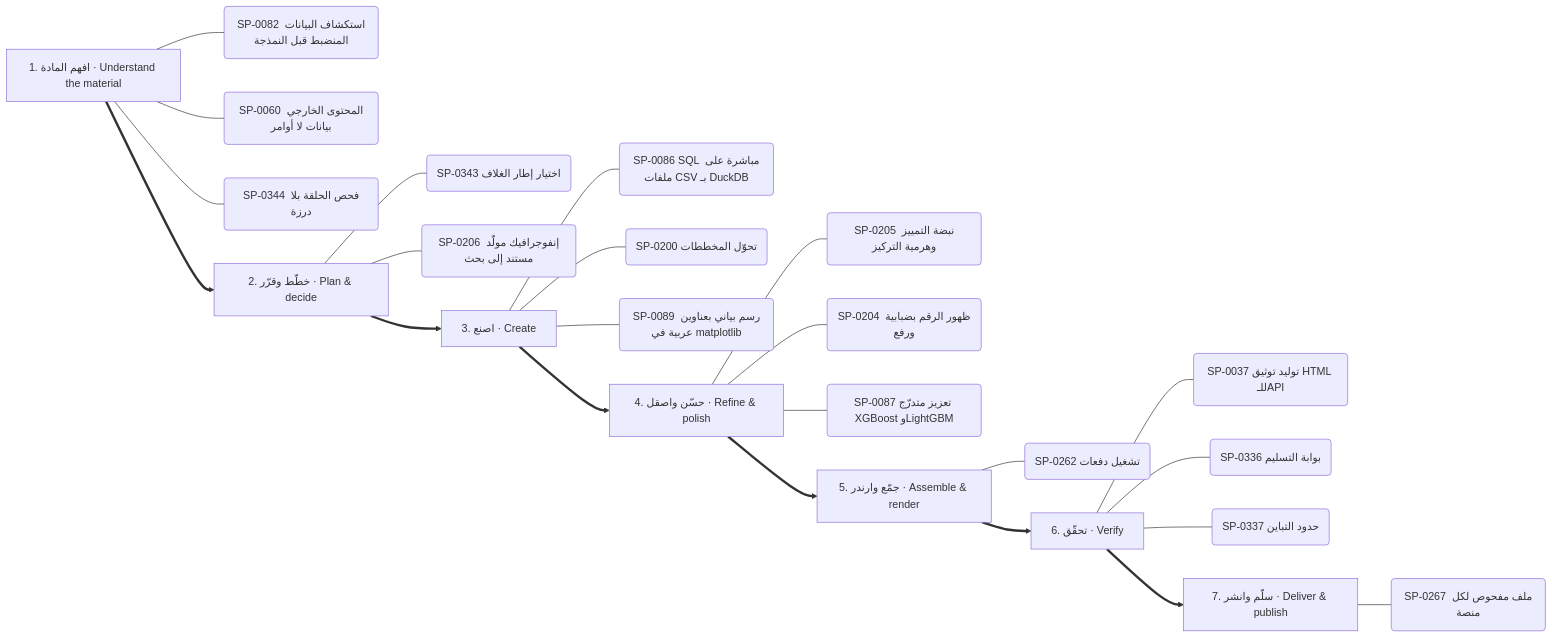
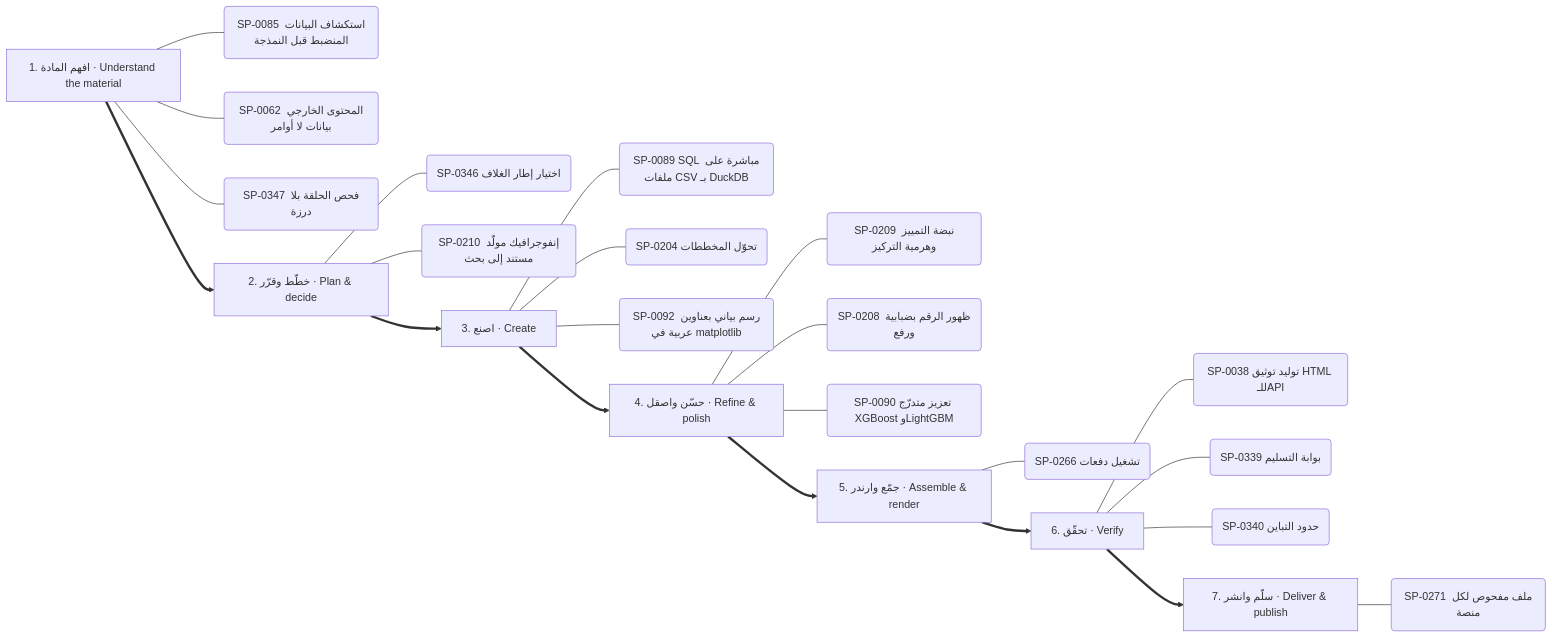
One commit to kosif199022-jpg/kosif-tool changed diagram 12 of 13 in .claude/skills/kosif-superpowers/references/capability-mindmap.md. Above: the diagram before and after it, drawn with Mermaid. The commit also changed other lines of this file and 61 other files, not shown here.

````diff
--- a/.claude/skills/kosif-superpowers/references/capability-mindmap.md
+++ b/.claude/skills/kosif-superpowers/references/capability-mindmap.md
@@ -593,32 +593,32 @@
 ```mermaid
 flowchart LR
   S0["1. افهم المادة · Understand the material"]
-  S0 --- S0_0("SP-0082 استكشاف البيانات المنضبط قبل النمذجة")
-  S0 --- S0_1("SP-0060 المحتوى الخارجي بيانات لا أوامر")
-  S0 --- S0_2("SP-0344 فحص الحلقة بلا درزة")
+  S0 --- S0_0("SP-0085 استكشاف البيانات المنضبط قبل النمذجة")
+  S0 --- S0_1("SP-0062 المحتوى الخارجي بيانات لا أوامر")
+  S0 --- S0_2("SP-0347 فحص الحلقة بلا درزة")
   S1["2. خطّط وقرّر · Plan & decide"]
-  S1 --- S1_0("SP-0343 اختيار إطار الغلاف")
-  S1 --- S1_1("SP-0206 إنفوجرافيك مولَّد مستند إلى بحث")
+  S1 --- S1_0("SP-0346 اختيار إطار الغلاف")
+  S1 --- S1_1("SP-0210 إنفوجرافيك مولَّد مستند إلى بحث")
   S0 ==> S1
   S2["3. اصنع · Create"]
-  S2 --- S2_0("SP-0086 SQL مباشرة على ملفات CSV بـ DuckDB")
-  S2 --- S2_1("SP-0200 تحوّل المخططات")
-  S2 --- S2_2("SP-0089 رسم بياني بعناوين عربية في matplotlib")
+  S2 --- S2_0("SP-0089 SQL مباشرة على ملفات CSV بـ DuckDB")
+  S2 --- S2_1("SP-0204 تحوّل المخططات")
+  S2 --- S2_2("SP-0092 رسم بياني بعناوين عربية في matplotlib")
   S1 ==> S2
   S3["4. حسّن واصقل · Refine & polish"]
-  S3 --- S3_0("SP-0205 نبضة التمييز وهرمية التركيز")
-  S3 --- S3_1("SP-0204 ظهور الرقم بضبابية ورفع")
-  S3 --- S3_2("SP-0087 تعزيز متدرّج XGBoost وLightGBM")
+  S3 --- S3_0("SP-0209 نبضة التمييز وهرمية التركيز")
+  S3 --- S3_1("SP-0208 ظهور الرقم بضبابية ورفع")
+  S3 --- S3_2("SP-0090 تعزيز متدرّج XGBoost وLightGBM")
   S2 ==> S3
   S4["5. جمّع وارندر · Assemble & render"]
-  S4 --- S4_0("SP-0262 تشغيل دفعات")
+  S4 --- S4_0("SP-0266 تشغيل دفعات")
   S3 ==> S4
   S5["6. تحقّق · Verify"]
-  S5 --- S5_0("SP-0037 توليد توثيق HTML للـAPI")
-  S5 --- S5_1("SP-0336 بوابة التسليم")
-  S5 --- S5_2("SP-0337 حدود التباين")
+  S5 --- S5_0("SP-0038 توليد توثيق HTML للـAPI")
+  S5 --- S5_1("SP-0339 بوابة التسليم")
+  S5 --- S5_2("SP-0340 حدود التباين")
   S4 ==> S5
   S6["7. سلّم وانشر · Deliver & publish"]
-  S6 --- S6_0("SP-0267 ملف مفحوص لكل منصة")
+  S6 --- S6_0("SP-0271 ملف مفحوص لكل منصة")
   S5 ==> S6
 ```
````
